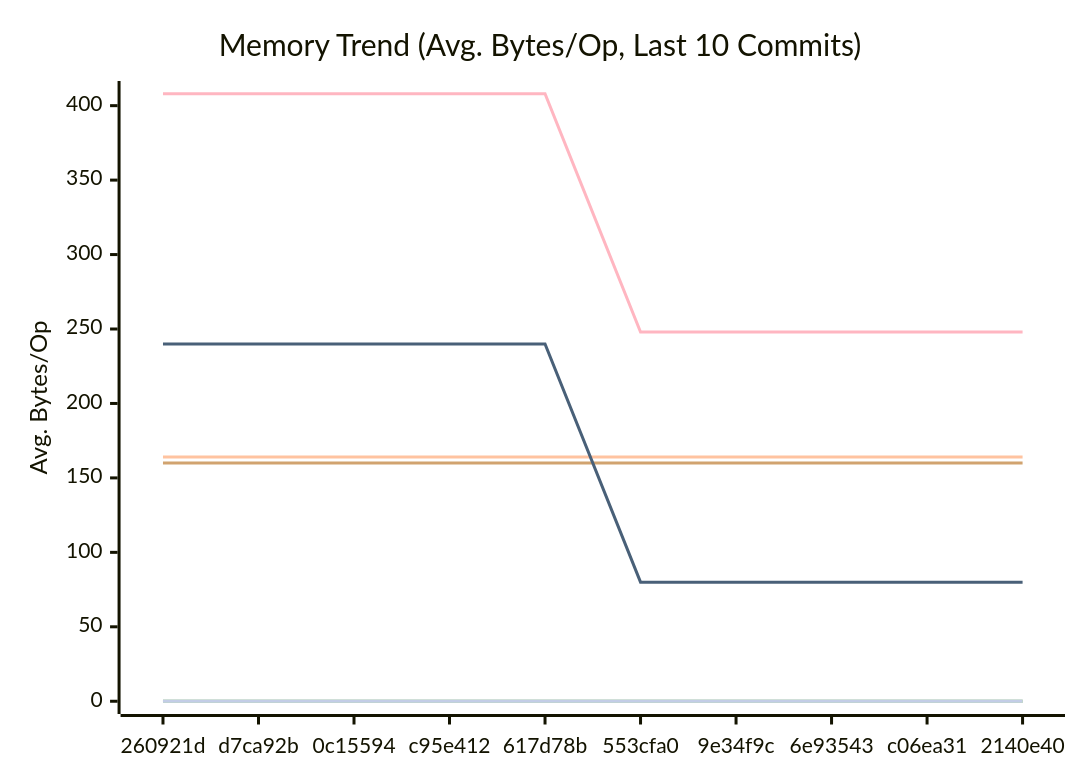
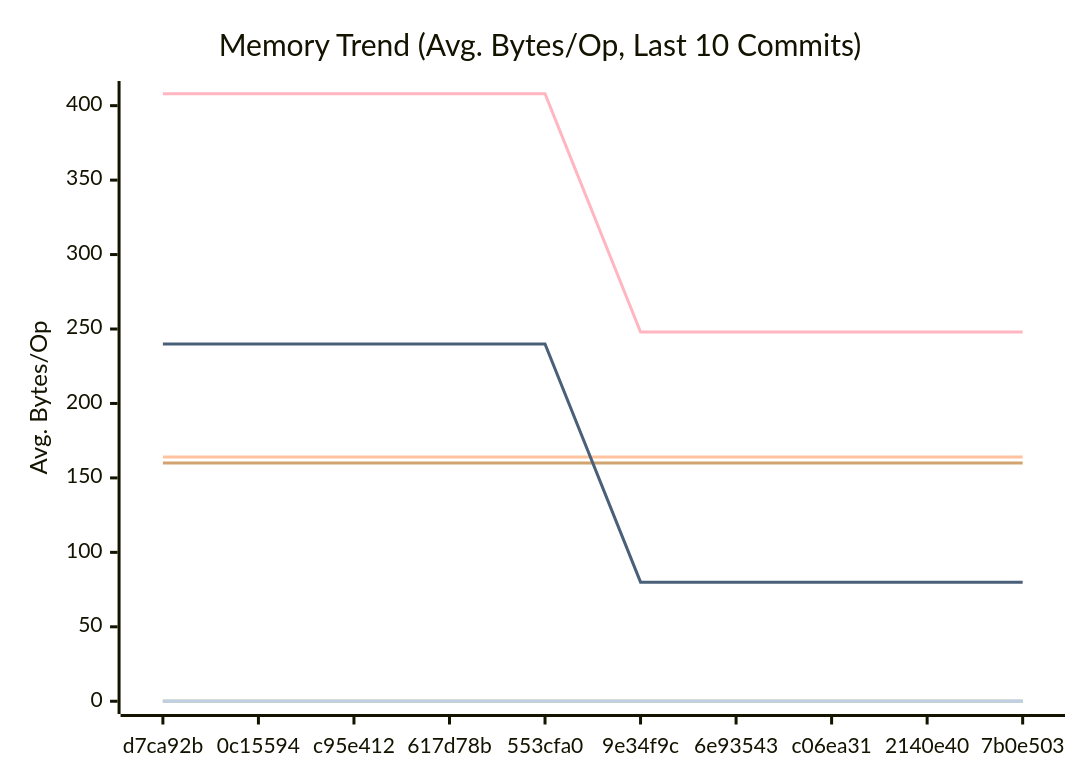
Before and after one commit to alsotoes/momo: the second of 3 diagrams in docs/PERFORMANCE.md, drawn with Mermaid. The commit also changed other lines of this file and 2 other files, not shown here.

````diff
--- a/docs/PERFORMANCE.md
+++ b/docs/PERFORMANCE.md
@@ -97,16 +97,16 @@
 ```mermaid
 xychart-beta
     title "Memory Trend (Avg. Bytes/Op, Last 10 Commits)"
     x-axis "Commit"
     y-axis "Avg. Bytes/Op"
-    x-axis [260921d,d7ca92b,0c15594,c95e412,617d78b,553cfa0,9e34f9c,6e93543,c06ea31,2140e40]
+    x-axis [d7ca92b,0c15594,c95e412,617d78b,553cfa0,9e34f9c,6e93543,c06ea31,2140e40,7b0e503]
     line "CheckMetricsAndSwap" [0,0,0,0,0,0,0,0,0,0]
     line "CrushOptimized" [0,0,0,0,0,0,0,0,0,0]
     line "CrushOriginal" [164,164,164,164,164,164,164,164,164,164]
     line "IndexDirectTracking" [0,0,0,0,0,0,0,0,0,0]
     line "IndexSearch" [0,0,0,0,0,0,0,0,0,0]
     line "LoadGlobalConfig" [160,160,160,160,160,160,160,160,160,160]
     line "PadString" [0,0,0,0,0,0,0,0,0,0]
     line "ParseReplicationOrder_NoPrealloc" [408,408,408,408,408,248,248,248,248,248]
     line "ParseReplicationOrder_Prealloc" [240,240,240,240,240,80,80,80,80,80]
 ```
````
